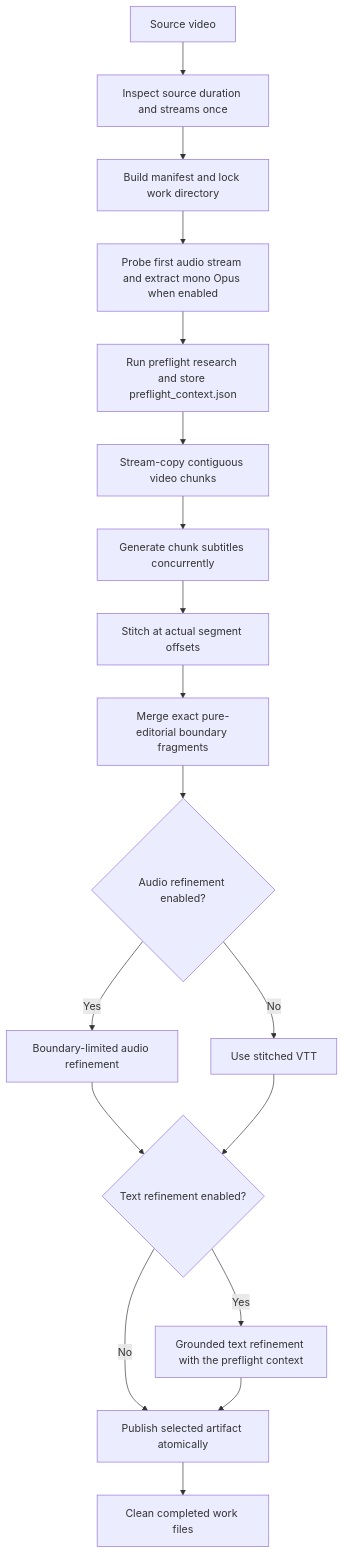
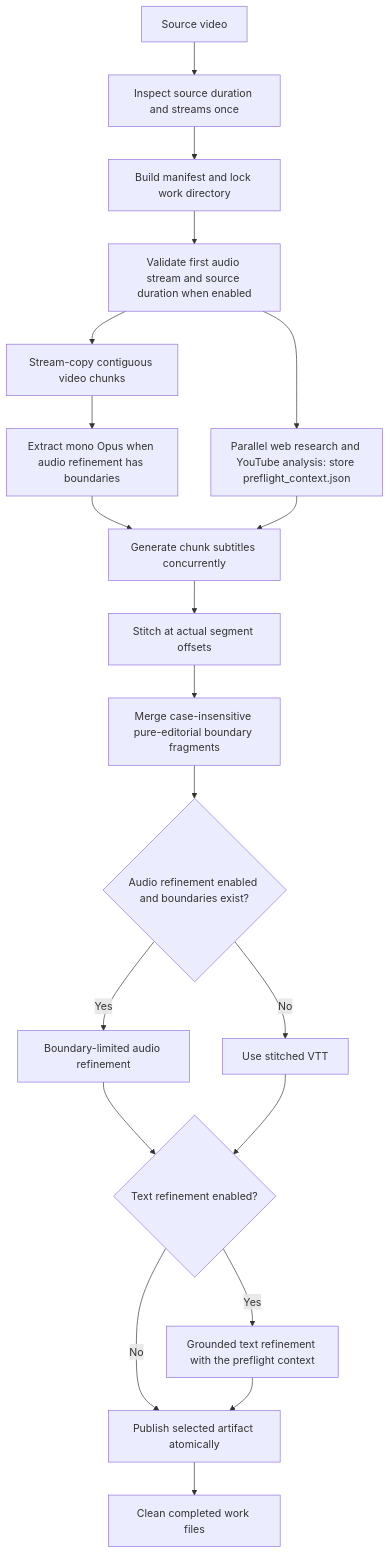
The second of 2 diagrams in CONTEXT.md (gotenksIN/video-subtitler), drawn with Mermaid before and after one commit. The commit also changed other lines of this file and 6 other files, not shown here.

First line of the commit message:
pipeline: Skip single-chunk repair and overlap preflight

````diff
--- a/CONTEXT.md
+++ b/CONTEXT.md
@@ -37,20 +37,22 @@
 ```mermaid
 flowchart TD
     A[Source video] --> B[Inspect source duration and streams once]
     B --> C[Build manifest and lock work directory]
-    C --> D[Probe first audio stream and extract mono Opus when enabled]
-    D --> E[Run preflight research and store preflight_context.json]
-    E --> F[Stream-copy contiguous video chunks]
-    F --> G[Generate chunk subtitles concurrently]
+    C --> D[Validate first audio stream and source duration when enabled]
+    D --> E[Parallel web research and YouTube analysis: store preflight_context.json]
+    D --> F[Stream-copy contiguous video chunks]
+    F --> Q[Extract mono Opus when audio refinement has boundaries]
+    Q --> G[Generate chunk subtitles concurrently]
+    E --> G
     G --> H[Stitch at actual segment offsets]
-    H --> I[Merge exact pure-editorial boundary fragments]
-    I --> J{Audio refinement enabled?}
+    H --> I[Merge case-insensitive pure-editorial boundary fragments]
+    I --> J{Audio refinement enabled and boundaries exist?}
     J -->|Yes| K[Boundary-limited audio refinement]
     J -->|No| L[Use stitched VTT]
     K --> M{Text refinement enabled?}
     L --> M
     M -->|Yes| N[Grounded text refinement with the preflight context]
     M -->|No| O[Publish selected artifact atomically]
     N --> O
     O --> P[Clean completed work files]
 ```
````
